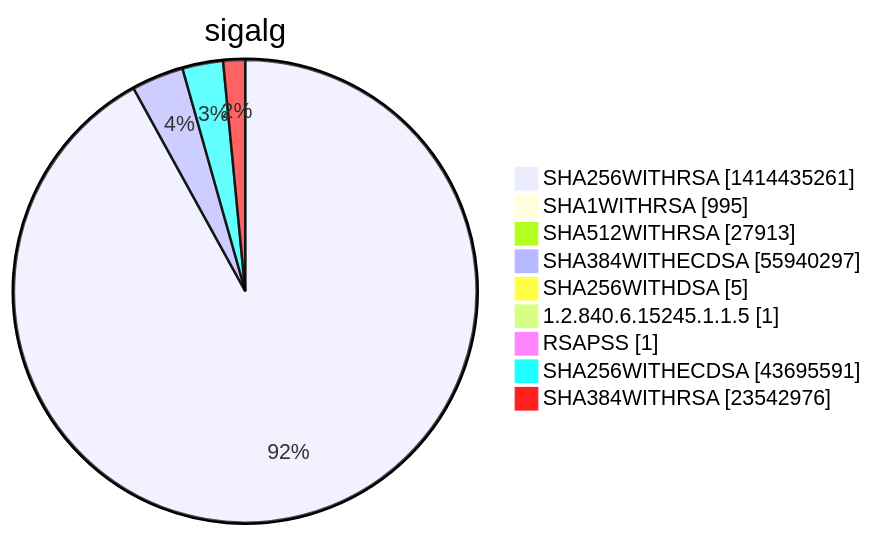
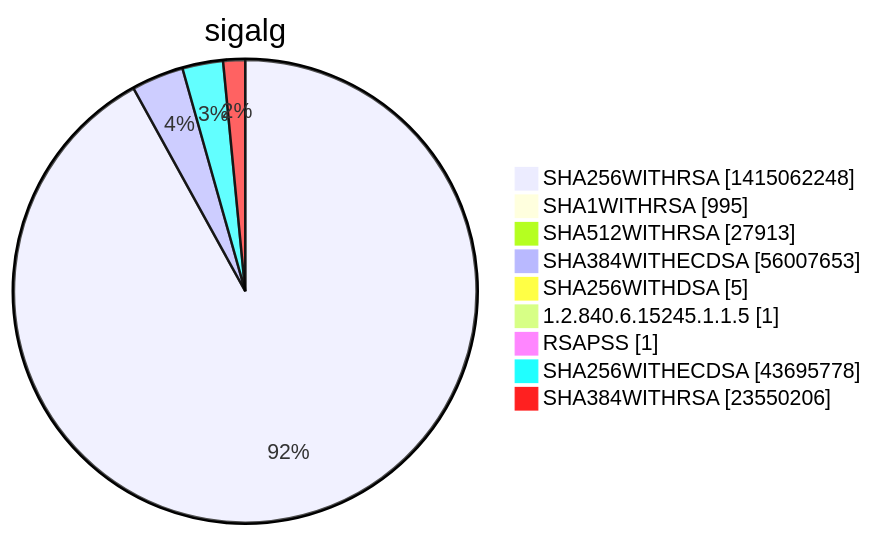
Diagram 15 of 15 in xenon2022/README.md (christiankrug/ctmonitor_visualization), drawn with Mermaid before and after one commit. The commit also changed other lines of this file, not shown here.

````diff
--- a/xenon2022/README.md
+++ b/xenon2022/README.md
@@ -5858,13 +5858,13 @@
 ```mermaid
 pie showData
 title sigalg
-"SHA256WITHRSA" :1414435261
+"SHA256WITHRSA" :1415062248
 "SHA1WITHRSA" :995
 "SHA512WITHRSA" :27913
-"SHA384WITHECDSA" :55940297
+"SHA384WITHECDSA" :56007653
 "SHA256WITHDSA" :5
 "1.2.840.6.15245.1.1.5" :1
 "RSAPSS" :1
-"SHA256WITHECDSA" :43695591
-"SHA384WITHRSA" :23542976
+"SHA256WITHECDSA" :43695778
+"SHA384WITHRSA" :23550206
 ```
````
